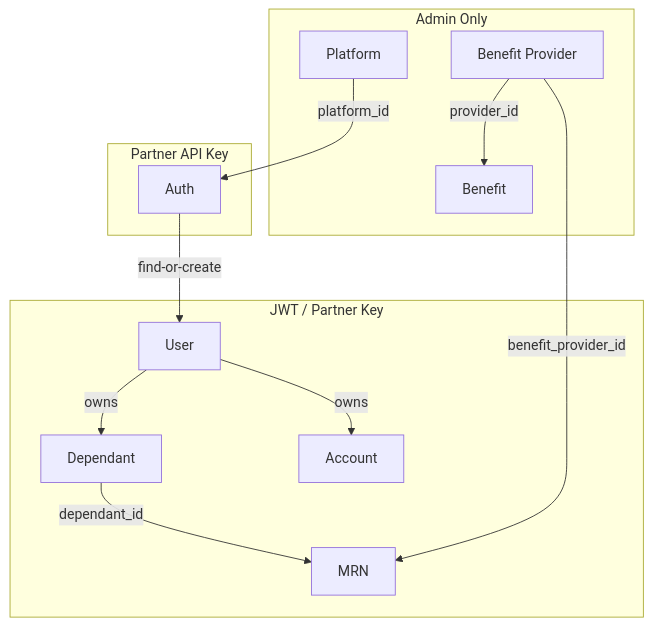
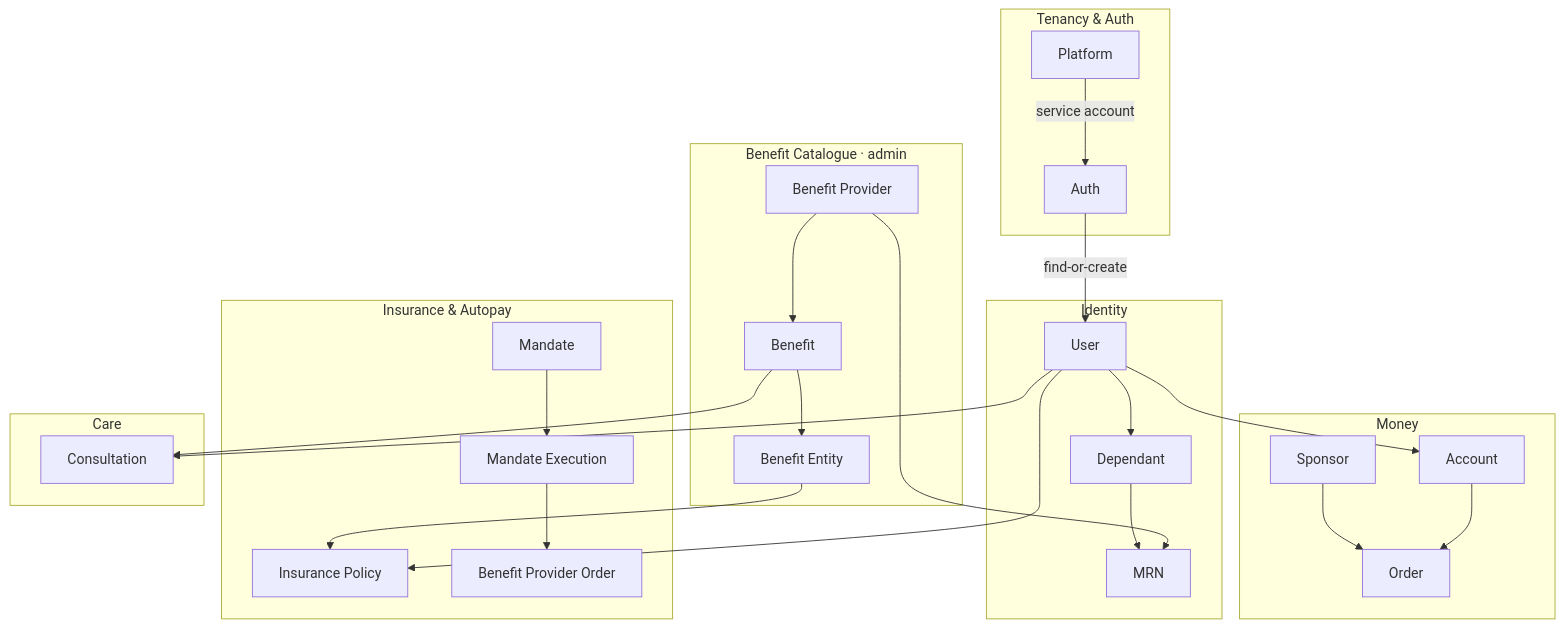
One commit to anu19981/aarokya-backend changed the first of 2 diagrams in api-reference/modules/overview.mdx. Above: the diagram before and after it, drawn with Mermaid. The commit also changed other lines of this file and 82 other files, not shown here.

````diff
--- a/api-reference/modules/overview.mdx
+++ b/api-reference/modules/overview.mdx
@@ -8,25 +8,48 @@
 ```mermaid
 flowchart TD
-    subgraph Admin["Admin Only"]
+    subgraph Tenancy["Tenancy & Auth"]
         PLAT[Platform]
+        AUTH[Auth]
+    end
+    subgraph Identity["Identity"]
+        USR[User]
+        DEP[Dependant]
+        MRN[MRN]
+    end
+    subgraph Catalogue["Benefit Catalogue · admin"]
         BP[Benefit Provider]
         BEN[Benefit]
+        BE[Benefit Entity]
     end
-    subgraph Partner["Partner API Key"]
-        AUTH[Auth]
+    subgraph Money["Money"]
+        ACC[Account]
+        ORD[Order]
+        SPON[Sponsor]
     end
-    subgraph UserOps["JWT / Partner Key"]
-        USR[User]
-        DEP[Dependant]
-        ACC[Account]
-        MRN[MRN]
+    subgraph Cover["Insurance & Autopay"]
+        IP[Insurance Policy]
+        MAN[Mandate]
+        MEX[Mandate Execution]
+        BPO[Benefit Provider Order]
+    end
+    subgraph Care["Care"]
+        CONS[Consultation]
     end
 
-    PLAT -->|platform_id| AUTH
+    PLAT -->|service account| AUTH
     AUTH -->|find-or-create| USR
-    USR -->|owns| DEP
-    USR -->|owns| ACC
-    BP -->|provider_id| BEN
-    DEP -->|dependant_id| MRN
-    BP -->|benefit_provider_id| MRN
+    USR --> DEP
+    USR --> ACC
+    DEP --> MRN
+    BP --> BEN
+    BP --> MRN
+    BEN --> BE
+    BE --> IP
+    USR --> IP
+    MAN --> MEX
+    MEX --> BPO
+    SPON --> ORD
+    ACC --> ORD
+    BEN --> CONS
+    USR --> CONS
 ```
````
